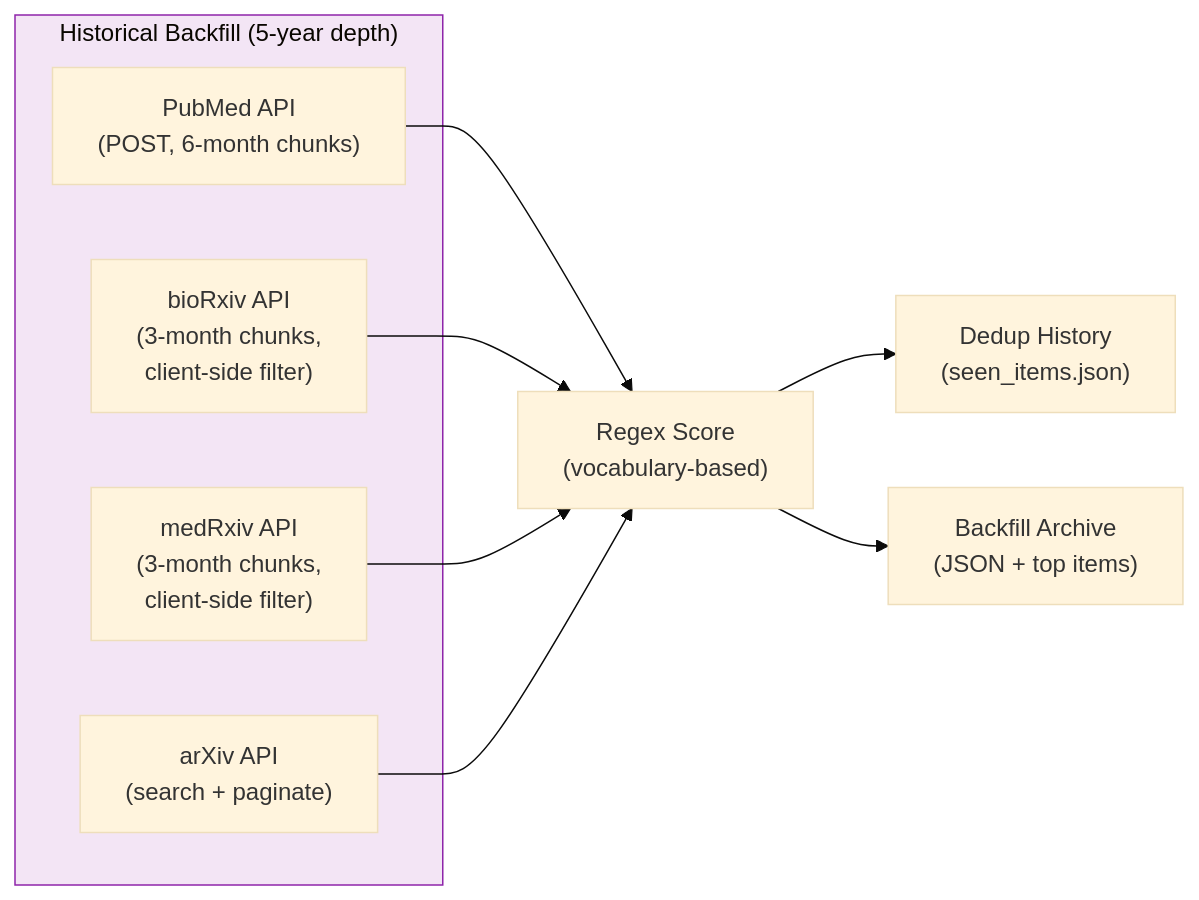
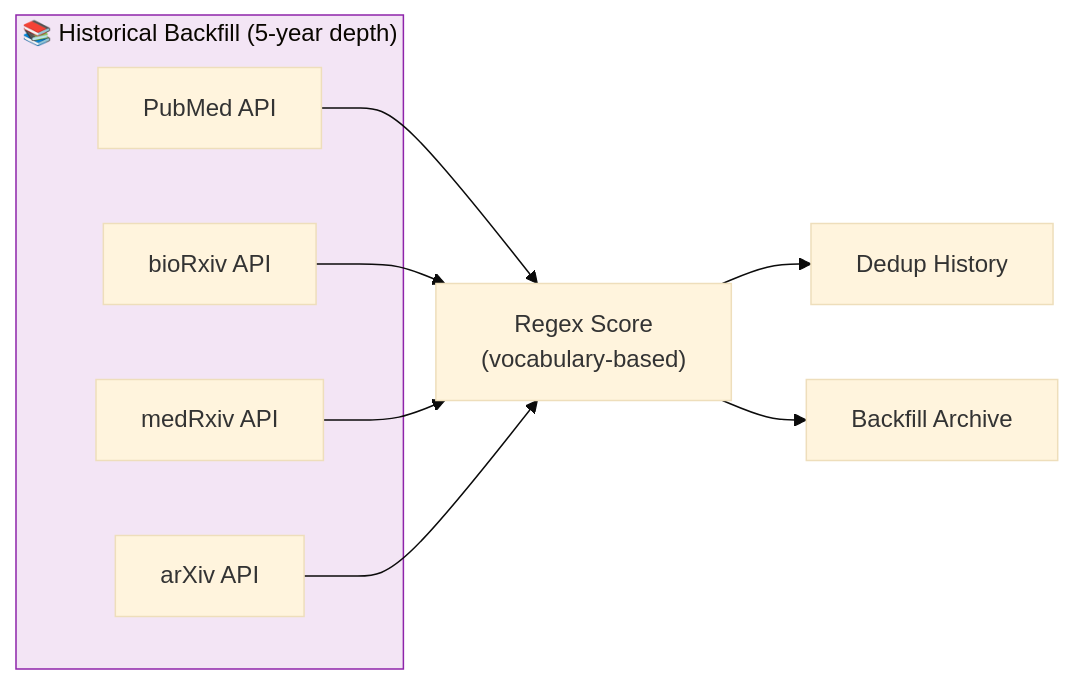
Before and after one commit to kgrajski/neurotech_newshound: the fourth of 4 diagrams in README.md, drawn with Mermaid (base theme). The commit also changed other lines of this file, not shown here.

First line of the commit message:
README: replace monolithic architecture diagram with three focused views

````diff
--- a/README.md
+++ b/README.md
@@ -127,19 +163,19 @@
 ```mermaid
 flowchart LR
-    subgraph backfill ["Historical Backfill (5-year depth)"]
-        BP["PubMed API<br>(POST, 6-month chunks)"]
-        BB["bioRxiv API<br>(3-month chunks,<br>client-side filter)"]
-        BM["medRxiv API<br>(3-month chunks,<br>client-side filter)"]
-        BA["arXiv API<br>(search + paginate)"]
+    subgraph backfill ["📚 Historical Backfill (5-year depth)"]
+        BP["PubMed API"]
+        BB["bioRxiv API"]
+        BM["medRxiv API"]
+        BA["arXiv API"]
     end
 
-    BP --> RS["Regex Score<br>(vocabulary-based)"]
+    BP --> RS["Regex Score\n(vocabulary-based)"]
     BB --> RS
     BM --> RS
     BA --> RS
 
-    RS --> DH["Dedup History<br>(seen_items.json)"]
-    RS --> AR["Backfill Archive<br>(JSON + top items)"]
+    RS --> DH["Dedup History"]
+    RS --> AR["Backfill Archive"]
 
     style backfill fill:#f3e5f5,stroke:#8e24aa
 ```
````
